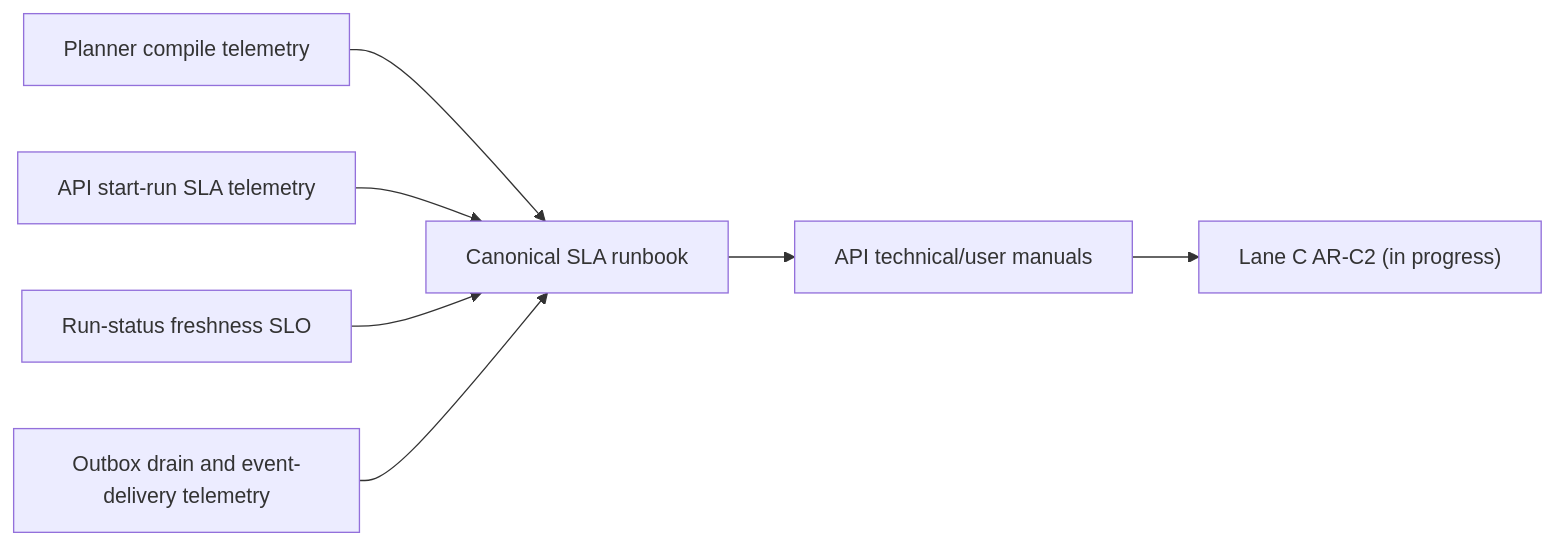
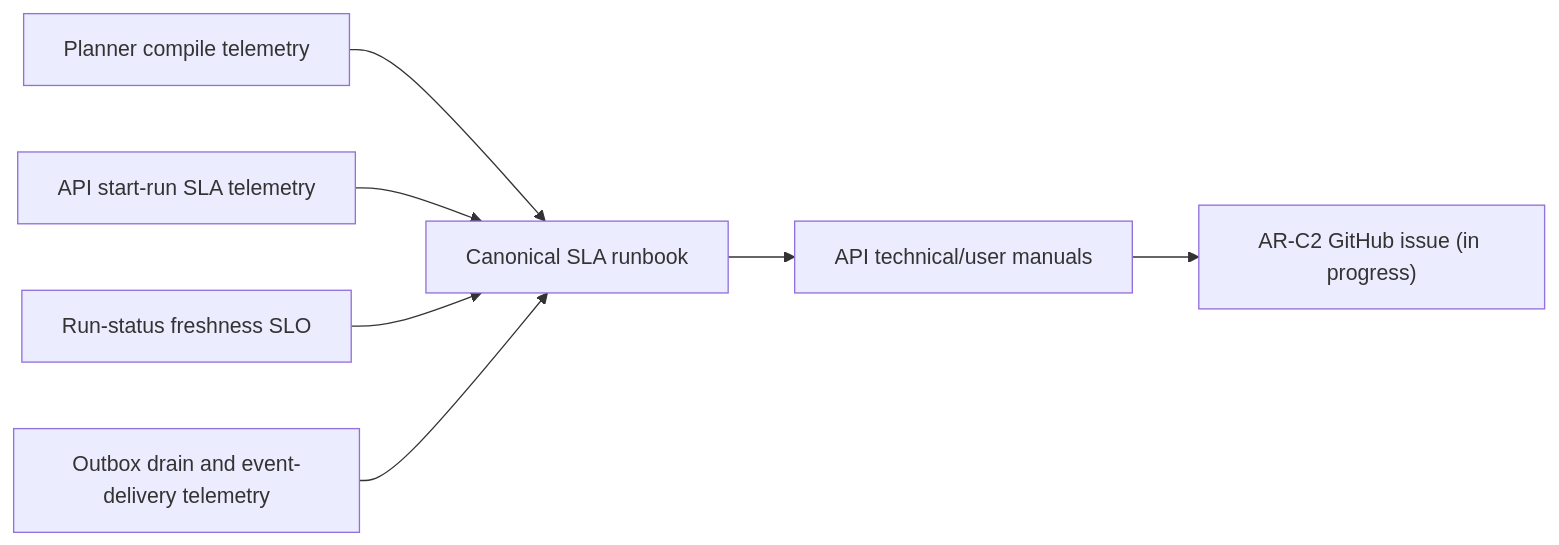
Before and after one commit to dunay2/dvt: the first of 3 diagrams in docs/planning/proposals/mandatory/runtime-and-contracts/ar-c2-sla-operational-closure-plan-20260404.md, drawn with Mermaid. The commit also changed other lines of this file and 505 other files, not shown here.

````diff
--- a/docs/planning/proposals/mandatory/runtime-and-contracts/ar-c2-sla-operational-closure-plan-20260404.md
+++ b/docs/planning/proposals/mandatory/runtime-and-contracts/ar-c2-sla-operational-closure-plan-20260404.md
@@ -64,9 +64,9 @@
 ```mermaid
 flowchart LR
   Planner["Planner compile telemetry"] --> SlaDoc["Canonical SLA runbook"]
   StartRun["API start-run SLA telemetry"] --> SlaDoc
   Freshness["Run-status freshness SLO"] --> SlaDoc
   Outbox["Outbox drain and event-delivery telemetry"] --> SlaDoc
   SlaDoc --> Manuals["API technical/user manuals"]
-  Manuals --> Lane["Lane C AR-C2 (in progress)"]
+  Manuals --> Issue["AR-C2 GitHub issue (in progress)"]
 ```
````
